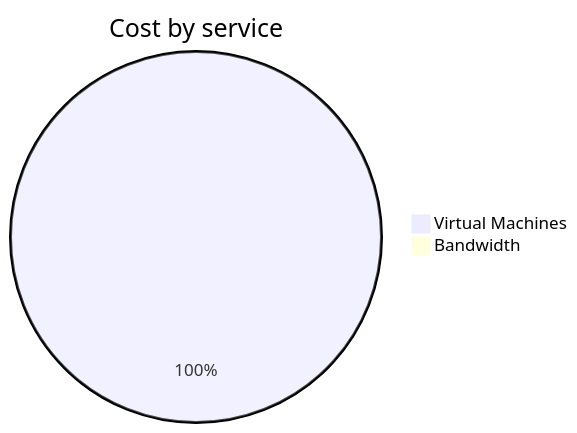
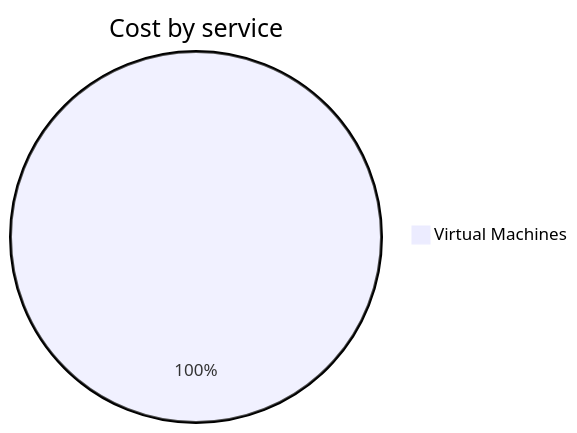
One commit to jpfulton/azure-personal-reports changed the second of 4 diagrams in cost-reports/personal-network/backup-server.md. Above: the diagram before and after it, drawn with Mermaid. The commit also changed other lines of this file and 8 other files, not shown here.

````diff
--- a/cost-reports/personal-network/backup-server.md
+++ b/cost-reports/personal-network/backup-server.md
@@ -92,6 +95,5 @@
 ```mermaid
 pie
    title Cost by service
-   "Virtual Machines" : 9.91
-   "Bandwidth" : 0.00
+   "Virtual Machines" : 0.06
 ```
````
